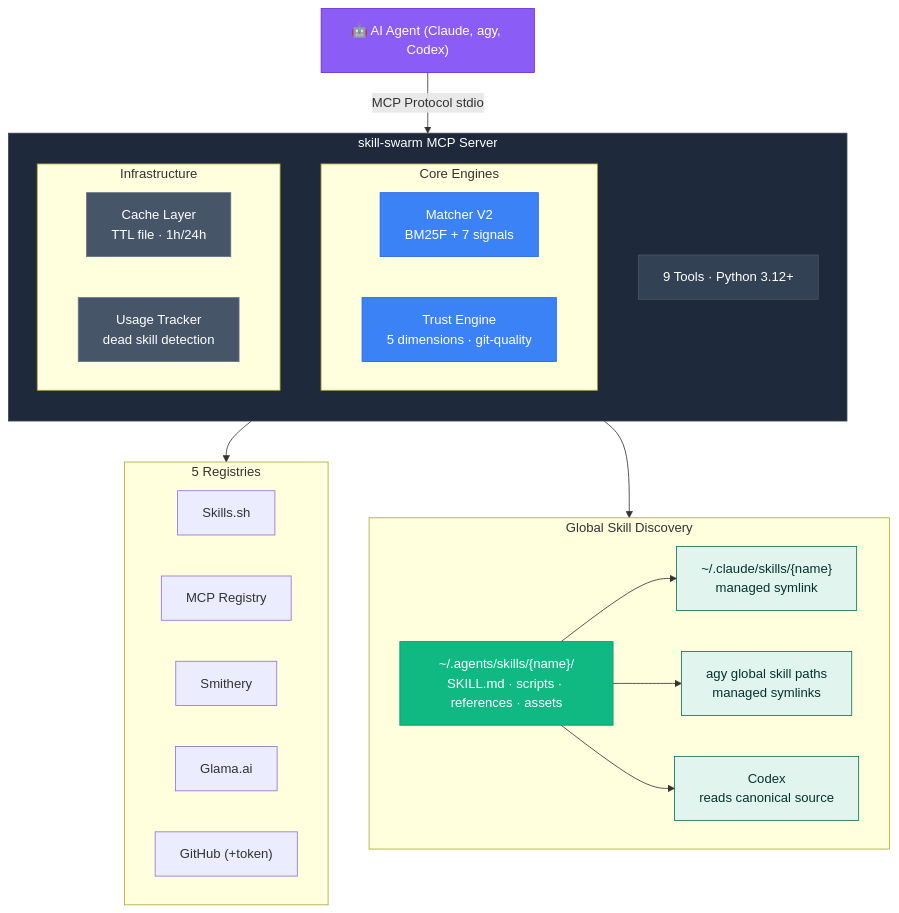
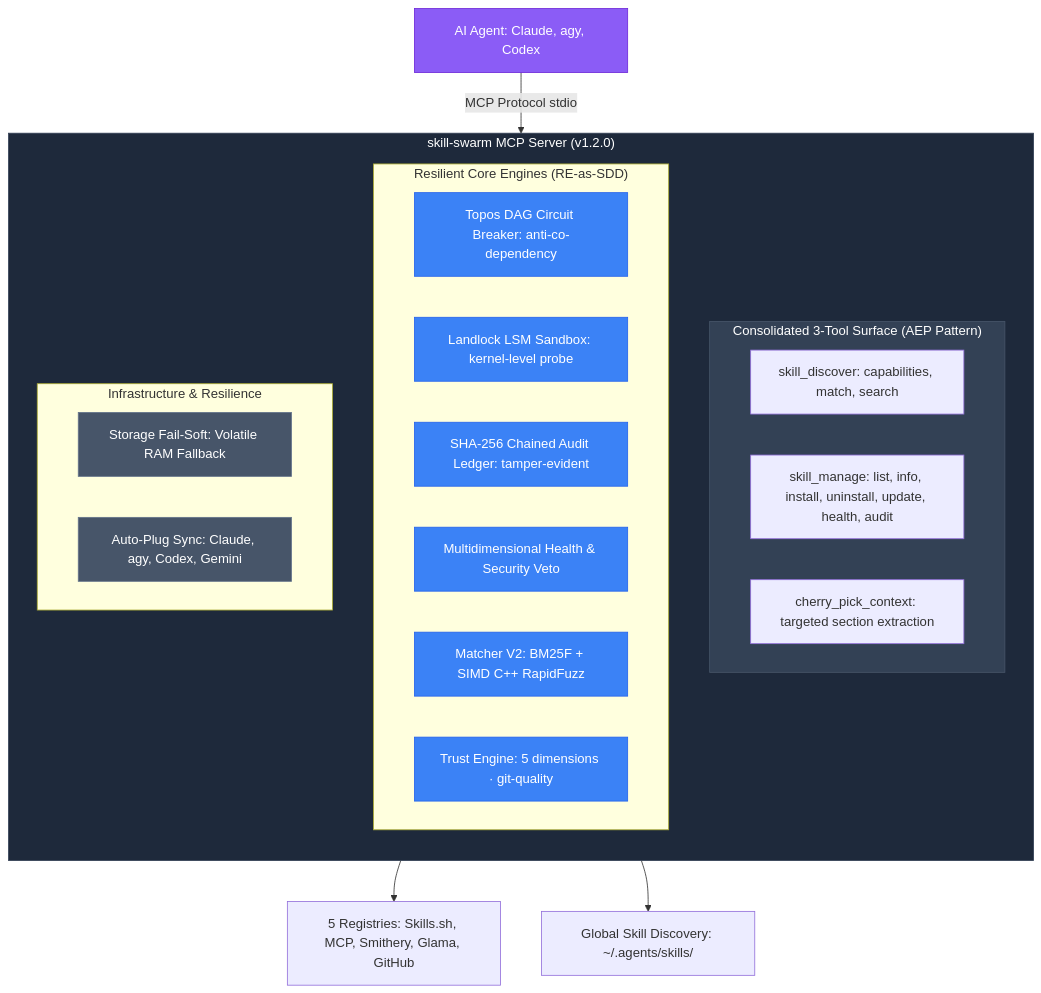
The fourth of 7 diagrams in README.md (ancrz/skill-swarm-mcp), drawn with Mermaid before and after one commit. The commit also changed other lines of this file, not shown here.

First line of the commit message:
docs: lint mermaid diagrams, add top navigation anchors, and specify apache 2.0 terms

````diff
--- a/README.md
+++ b/README.md
@@ -96,51 +103,41 @@
 ```mermaid
-graph TB
-    Agent["🤖 AI Agent (Claude, agy, Codex)"]
-    Agent -->|MCP Protocol stdio| Server
+flowchart TB
+    Agent["AI Agent: Claude, agy, Codex"]
+    Agent -->|"MCP Protocol stdio"| Server
 
-    subgraph Server["skill-swarm MCP Server"]
+    subgraph Server["skill-swarm MCP Server (v1.2.0)"]
         direction TB
-        Tools["9 Tools · Python 3.12+"]
-        subgraph Core["Core Engines"]
-            Matcher["Matcher V2<br/>BM25F + 7 signals"]
-            Trust["Trust Engine<br/>5 dimensions · git-quality"]
+        subgraph Tools["Consolidated 3-Tool Surface (AEP Pattern)"]
+            T1["skill_discover: capabilities, match, search"]
+            T2["skill_manage: list, info, install, uninstall, update, health, audit"]
+            T3["cherry_pick_context: targeted section extraction"]
         end
-        subgraph Infra["Infrastructure"]
-            Cache["Cache Layer<br/>TTL file · 1h/24h"]
-            Usage["Usage Tracker<br/>dead skill detection"]
+        subgraph Core["Resilient Core Engines (RE-as-SDD)"]
+            Topos["Topos DAG Circuit Breaker: anti-co-dependency"]
+            Sandbox["Landlock LSM Sandbox: kernel-level probe"]
+            Audit["SHA-256 Chained Audit Ledger: tamper-evident"]
+            Health["Multidimensional Health & Security Veto"]
+            Matcher["Matcher V2: BM25F + SIMD C++ RapidFuzz"]
+            Trust["Trust Engine: 5 dimensions · git-quality"]
+        end
+        subgraph Infra["Infrastructure & Resilience"]
+            Storage["Storage Fail-Soft: Volatile RAM Fallback"]
+            AutoPlug["Auto-Plug Sync: Claude, agy, Codex, Gemini"]
         end
     end
 
-    Server --> Registries
-    Server --> Skills
-
-    subgraph Registries["5 Registries"]
-        SkillsSH["Skills.sh"]
-        MCP["MCP Registry"]
-        Smithery["Smithery"]
-        Glama["Glama.ai"]
-        GitHub["GitHub (+token)"]
-    end
-
-    subgraph Skills["Global Skill Discovery"]
-        Canonical["~/.agents/skills/{name}/<br/>SKILL.md · scripts · references · assets"]
-        ClaudeLinks["~/.claude/skills/{name}<br/>managed symlink"]
-        AgyLinks["agy global skill paths<br/>managed symlinks"]
-        CodexNative["Codex<br/>reads canonical source"]
-        Canonical --> ClaudeLinks
-        Canonical --> AgyLinks
-        Canonical --> CodexNative
-    end
+    Server --> Registries["5 Registries: Skills.sh, MCP, Smithery, Glama, GitHub"]
+    Server --> Skills["Global Skill Discovery: ~/.agents/skills/"]
 
     style Agent fill:#8B5CF6,stroke:#6D28D9,color:#fff
     style Server fill:#1E293B,stroke:#334155,color:#fff
     style Tools fill:#334155,stroke:#475569,color:#fff
     style Matcher fill:#3B82F6,stroke:#2563EB,color:#fff
     style Trust fill:#3B82F6,stroke:#2563EB,color:#fff
-    style Cache fill:#475569,stroke:#64748B,color:#fff
-    style Usage fill:#475569,stroke:#64748B,color:#fff
-    style Canonical fill:#10B981,stroke:#059669,color:#fff
-    style ClaudeLinks fill:#E1F5EE,stroke:#0F6E56,color:#04342C
-    style AgyLinks fill:#E1F5EE,stroke:#0F6E56,color:#04342C
-    style CodexNative fill:#E1F5EE,stroke:#0F6E56,color:#04342C
+    style Topos fill:#3B82F6,stroke:#2563EB,color:#fff
+    style Sandbox fill:#3B82F6,stroke:#2563EB,color:#fff
+    style Audit fill:#3B82F6,stroke:#2563EB,color:#fff
+    style Health fill:#3B82F6,stroke:#2563EB,color:#fff
+    style Storage fill:#475569,stroke:#64748B,color:#fff
+    style AutoPlug fill:#475569,stroke:#64748B,color:#fff
 ```
````
